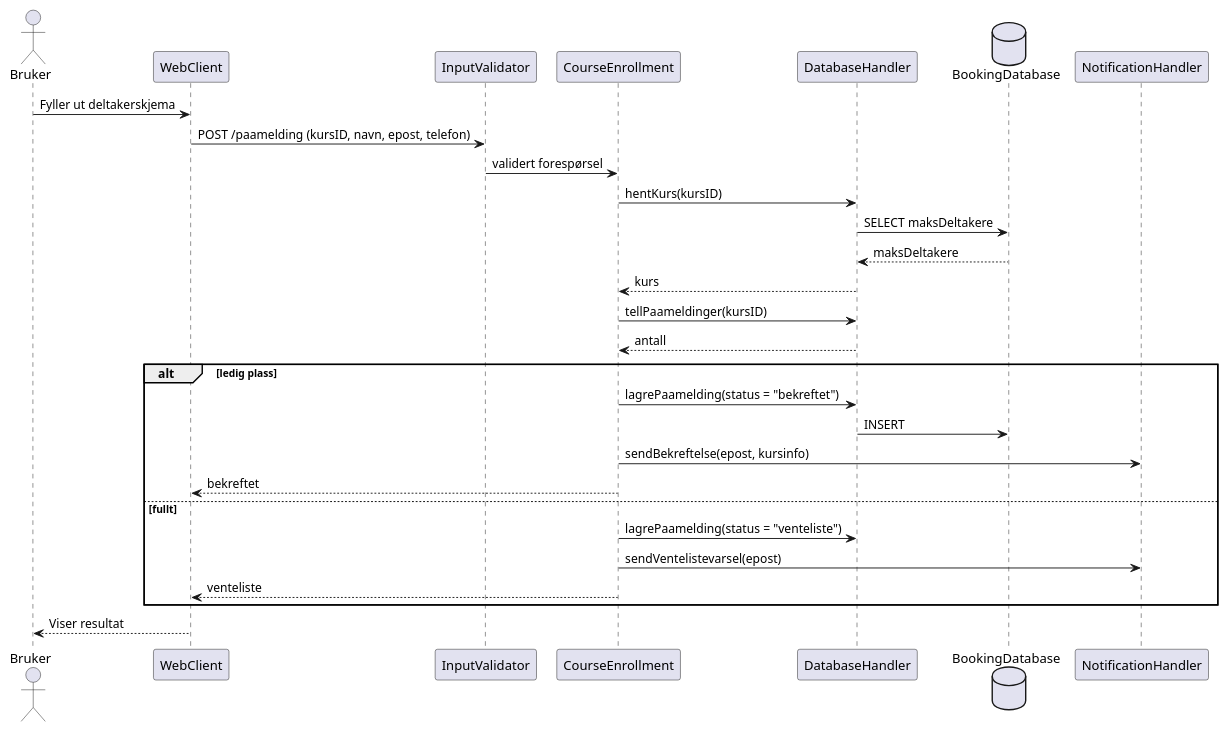
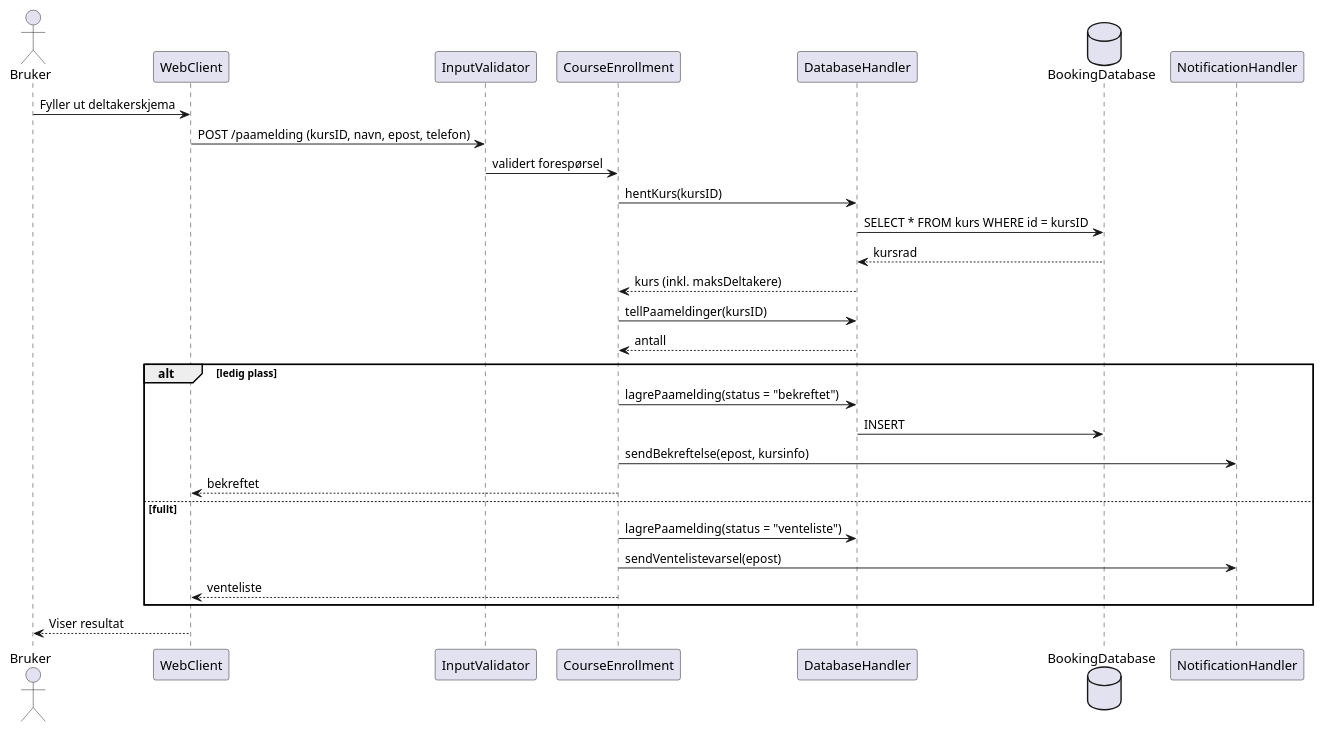
The diagram in docs/diagrams/paamelding.puml (KamalPixel/Husflidslag.PlantUML), drawn with PlantUML before and after one commit. The commit also changed 2 other files, not shown here.

Commit message:
Hente hele kurset i sekvensdiagrammet så maksDeltakere er koblet til kurs

```diff
--- a/docs/diagrams/paamelding.puml
+++ b/docs/diagrams/paamelding.puml
@@ -1,35 +1,35 @@
 @startuml
 
 actor Bruker
 participant WebClient
 participant InputValidator
 participant CourseEnrollment
 participant DatabaseHandler
 database BookingDatabase
 participant NotificationHandler
 
 Bruker -> WebClient: Fyller ut deltakerskjema
 WebClient -> InputValidator: POST /paamelding (kursID, navn, epost, telefon)
 InputValidator -> CourseEnrollment: validert forespørsel
 
 CourseEnrollment -> DatabaseHandler: hentKurs(kursID)
-DatabaseHandler -> BookingDatabase: SELECT maksDeltakere
-BookingDatabase --> DatabaseHandler: maksDeltakere
-DatabaseHandler --> CourseEnrollment: kurs
+DatabaseHandler -> BookingDatabase: SELECT * FROM kurs WHERE id = kursID
+BookingDatabase --> DatabaseHandler: kursrad
+DatabaseHandler --> CourseEnrollment: kurs (inkl. maksDeltakere)
 
 CourseEnrollment -> DatabaseHandler: tellPaameldinger(kursID)
 DatabaseHandler --> CourseEnrollment: antall
 
 alt ledig plass
   CourseEnrollment -> DatabaseHandler: lagrePaamelding(status = "bekreftet")
   DatabaseHandler -> BookingDatabase: INSERT
   CourseEnrollment -> NotificationHandler: sendBekreftelse(epost, kursinfo)
   CourseEnrollment --> WebClient: bekreftet
 else fullt
   CourseEnrollment -> DatabaseHandler: lagrePaamelding(status = "venteliste")
   CourseEnrollment -> NotificationHandler: sendVentelistevarsel(epost)
   CourseEnrollment --> WebClient: venteliste
 end
 
 WebClient --> Bruker: Viser resultat
 @enduml
```
